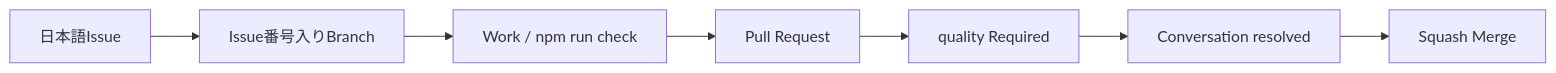
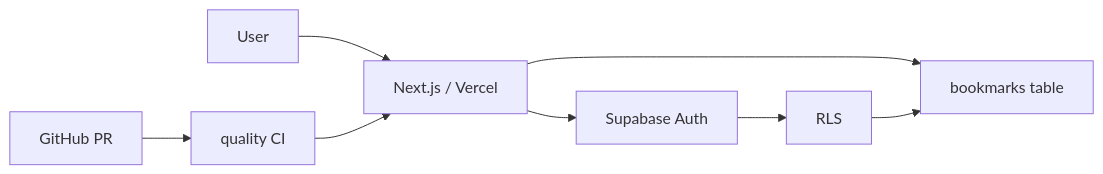
The diagram in README.md (k-systems202208/nextjs-supabase-vercel-third-party-test), drawn with Mermaid before and after one commit. The commit also changed other lines of this file and 16 other files, not shown here.

````diff
--- a/README.md
+++ b/README.md
@@ -143,9 +7,10 @@
 ```mermaid
 flowchart LR
-    I["日本語Issue"] --> B["Issue番号入りBranch"]
-    B --> W["Work / npm run check"]
-    W --> P["Pull Request"]
-    P --> Q["quality Required"]
-    Q --> R["Conversation resolved"]
-    R --> M["Squash Merge"]
+    U["User"] --> N["Next.js / Vercel"]
+    N --> A["Supabase Auth"]
+    N --> D["bookmarks table"]
+    A --> R["RLS"]
+    R --> D
+    G["GitHub PR"] --> C["quality CI"]
+    C --> N
 ```
````
